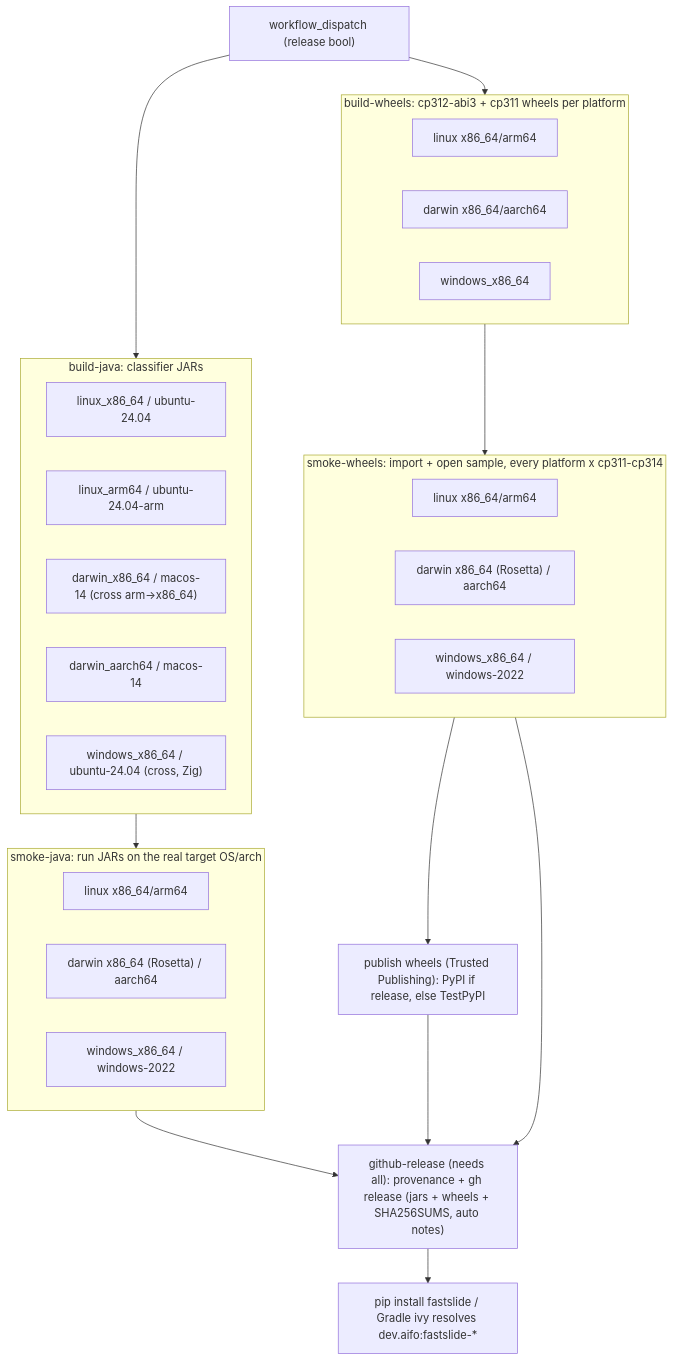
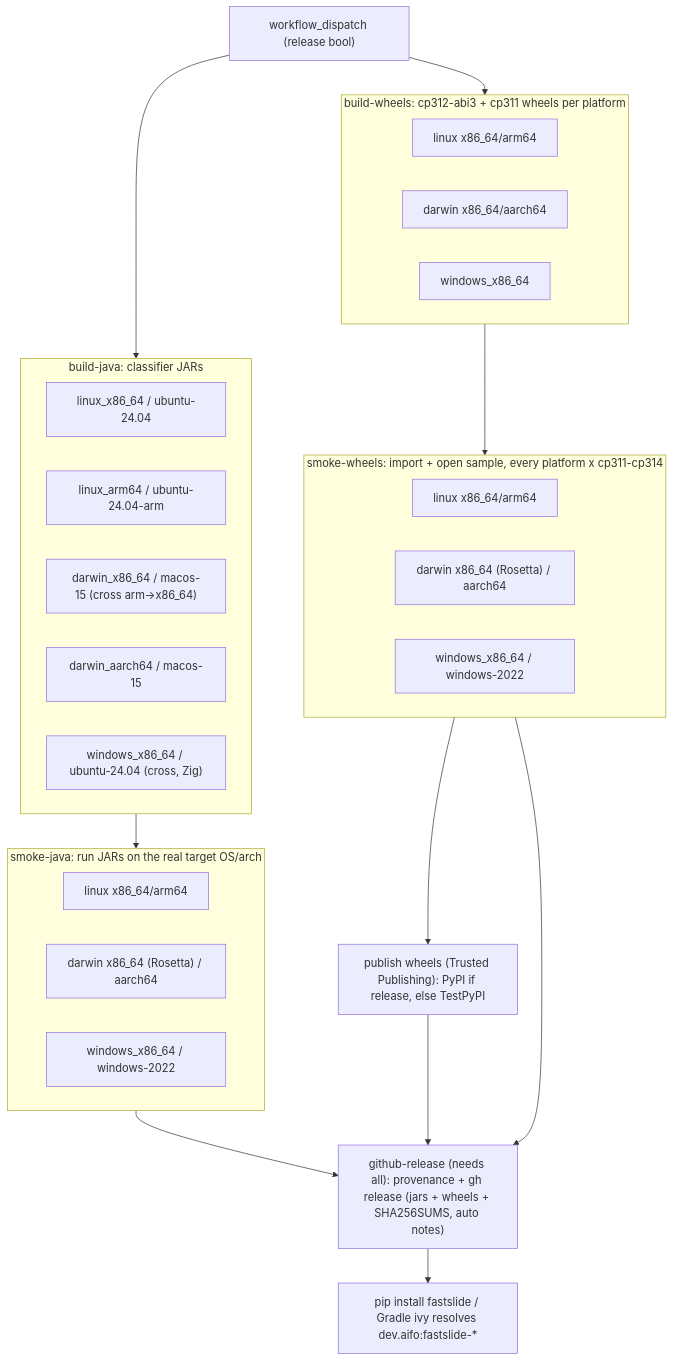
Before and after one commit to NKI-AI/fastslide: the diagram in docs/source/guides/packages_and_releases.rst, drawn with Mermaid. The commit also changed other lines of this file and 2 other files, not shown here.

First line of the commit message:
ci: build macOS releases on macos-15, as GitHub retired macos-14

```diff
--- a/docs/source/guides/packages_and_releases.rst
+++ b/docs/source/guides/packages_and_releases.rst
@@ -189,33 +189,33 @@
 .. mermaid::
 
    flowchart TB
        dispatch["workflow_dispatch (release bool)"] --> bj & bw
        subgraph bj [build-java: classifier JARs]
            blx["linux_x86_64 / ubuntu-24.04"]
            bla["linux_arm64 / ubuntu-24.04-arm"]
-           bmx["darwin_x86_64 / macos-14 (cross arm->x86_64)"]
-           bma["darwin_aarch64 / macos-14"]
+           bmx["darwin_x86_64 / macos-15 (cross arm->x86_64)"]
+           bma["darwin_aarch64 / macos-15"]
            bwx["windows_x86_64 / ubuntu-24.04 (cross, Zig)"]
        end
        subgraph sj [smoke-java: run JARs on the real target OS/arch]
            slx["linux x86_64/arm64"]
            smx["darwin x86_64 (Rosetta) / aarch64"]
            swx["windows_x86_64 / windows-2022"]
        end
        subgraph bw [build-wheels: cp312-abi3 + cp311 wheels per platform]
            wl["linux x86_64/arm64"]
            wm["darwin x86_64/aarch64"]
            ww["windows_x86_64"]
        end
        subgraph sw [smoke-wheels: import + open sample, every platform x cp311-cp314]
            swl["linux x86_64/arm64"]
            swm["darwin x86_64 (Rosetta) / aarch64"]
            sww["windows_x86_64 / windows-2022"]
        end
        bj --> sj
        bw --> sw
        sw --> pypi["publish wheels (Trusted Publishing): PyPI if release, else TestPyPI"]
        sj --> rel
        sw --> rel
        pypi --> rel["github-release (needs all): provenance + gh release (jars + wheels + SHA256SUMS, auto notes)"]
        rel --> consumers["pip install fastslide / Gradle ivy resolves dev.aifo:fastslide-*"]
```
